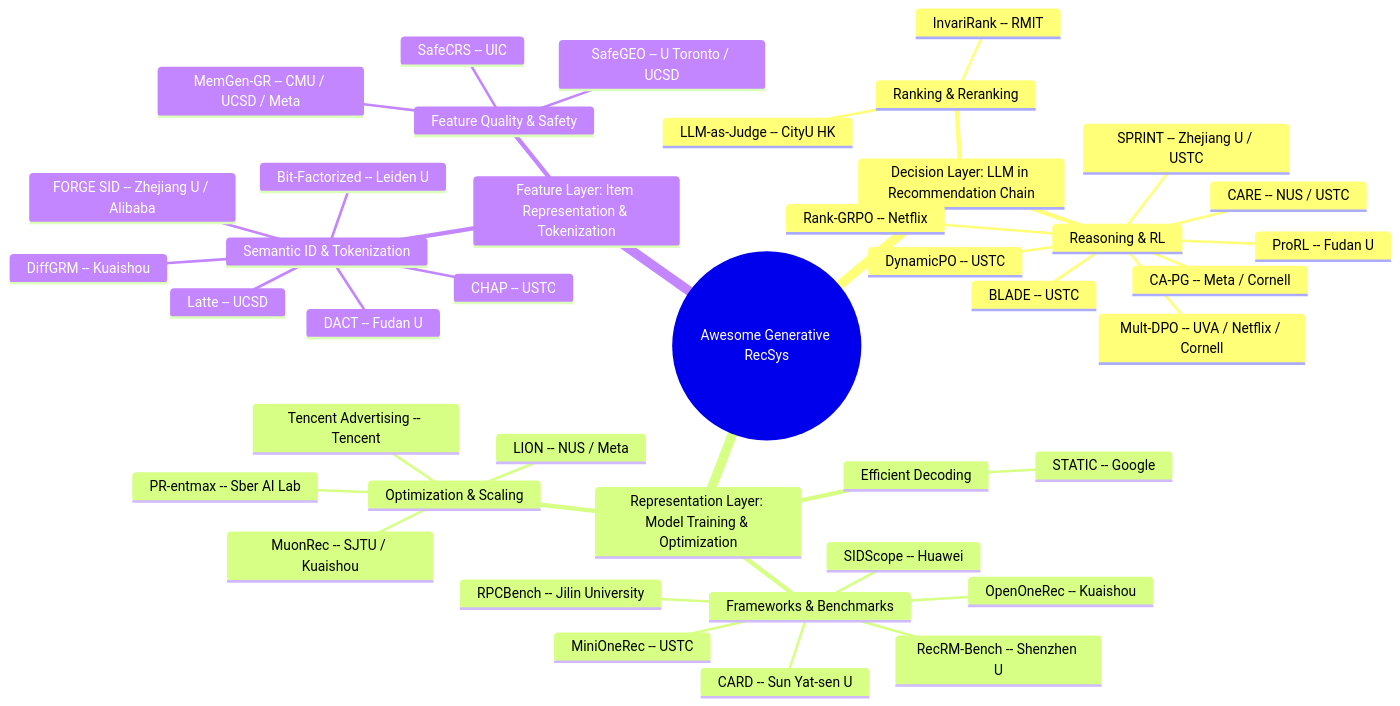
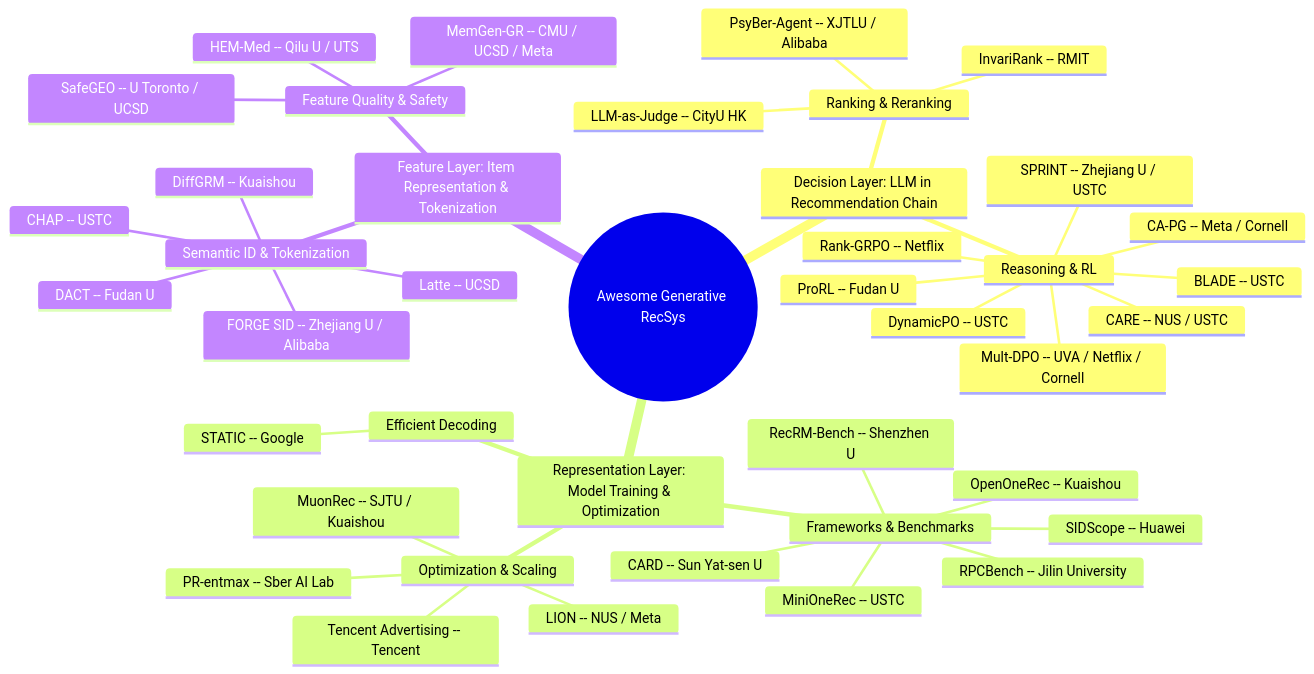
One commit to HaFred/awesome-generative-recsys changed the diagram in README.md. Above: the diagram before and after it, drawn with Mermaid. The commit also changed other lines of this file and 3 other files, not shown here.

Commit message:
Add Oct 16 gen-rec papers (Shopify GR/DR prior, LinkedIn TransX, HEM-Med, PsyBer-Agent, ARMED) and archive Oct 05

````diff
--- a/README.md
+++ b/README.md
@@ -30,44 +30,44 @@
 ```mermaid
 mindmap
   root((Awesome Generative RecSys))
     Decision Layer: LLM in Recommendation Chain
       Reasoning & RL
         Rank-GRPO -- Netflix
         DynamicPO -- USTC
         BLADE -- USTC
         SPRINT -- Zhejiang U / USTC
         CARE -- NUS / USTC
         Mult-DPO -- UVA / Netflix / Cornell
         CA-PG -- Meta / Cornell
         ProRL -- Fudan U
       Ranking & Reranking
         InvariRank -- RMIT
         LLM-as-Judge -- CityU HK
+        PsyBer-Agent -- XJTLU / Alibaba
     Representation Layer: Model Training & Optimization
       Frameworks & Benchmarks
         MiniOneRec -- USTC
         OpenOneRec -- Kuaishou
         RecRM-Bench -- Shenzhen U
         SIDScope -- Huawei
         RPCBench -- Jilin University
         CARD -- Sun Yat-sen U
       Efficient Decoding
         STATIC -- Google
       Optimization & Scaling
         MuonRec -- SJTU / Kuaishou
         Tencent Advertising -- Tencent
         LION -- NUS / Meta
         PR-entmax -- Sber AI Lab
     Feature Layer: Item Representation & Tokenization
       Semantic ID & Tokenization
         Latte -- UCSD
         FORGE SID -- Zhejiang U / Alibaba
         DACT -- Fudan U
         CHAP -- USTC
         DiffGRM -- Kuaishou
-        Bit-Factorized -- Leiden U
       Feature Quality & Safety
         SafeGEO -- U Toronto / UCSD
         MemGen-GR -- CMU / UCSD / Meta
-        SafeCRS -- UIC
+        HEM-Med -- Qilu U / UTS
 ```
````
